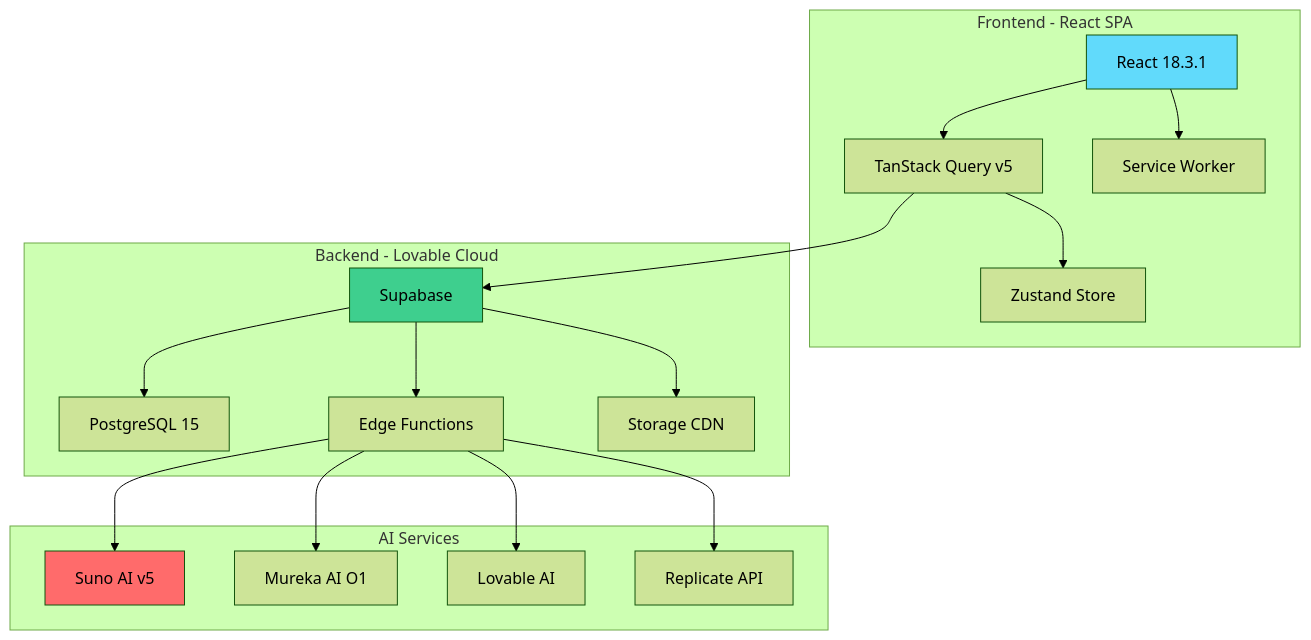
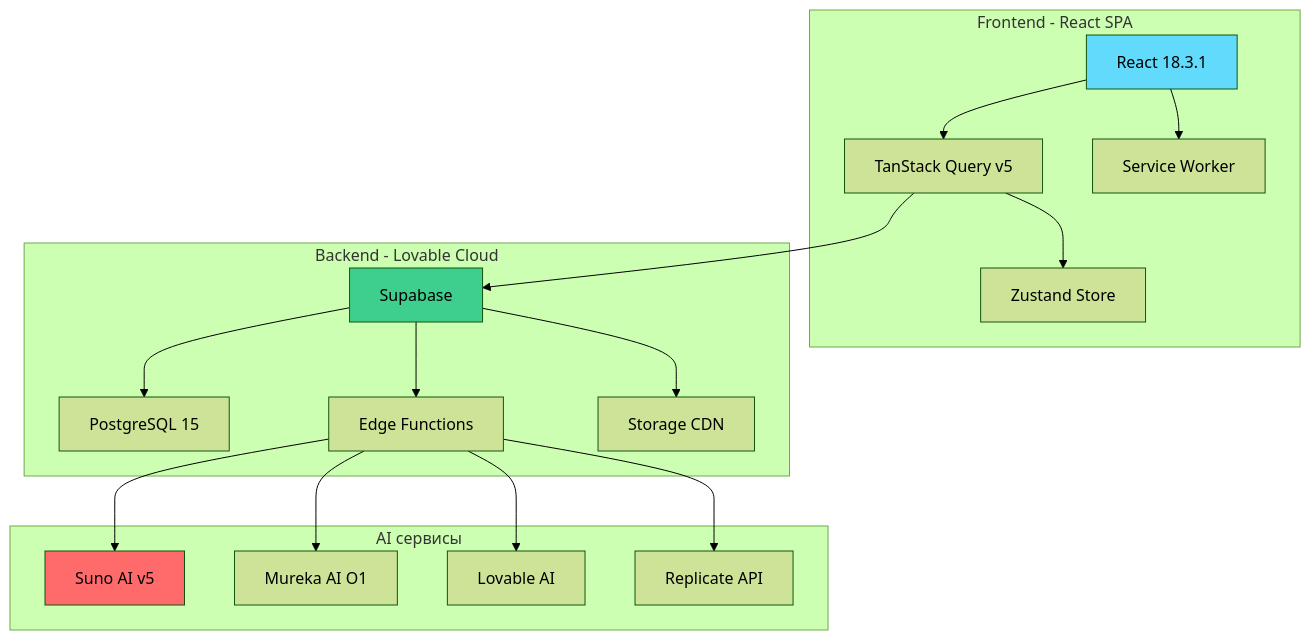
Before and after one commit to HOW2AI-AGENCY/albert3-muse-synth-studio: the third of 9 diagrams in README.md, drawn with Mermaid (forest theme). The commit also changed other lines of this file, not shown here.

````diff
--- a/README.md
+++ b/README.md
@@ -141,39 +144,39 @@
 ```mermaid
 graph TB
     subgraph "Frontend - React SPA"
         A[React 18.3.1]
         B[TanStack Query v5]
         C[Zustand Store]
         D[Service Worker]
     end
     
     subgraph "Backend - Lovable Cloud"
         E[Supabase]
         F[PostgreSQL 15]
         G[Edge Functions]
         H[Storage CDN]
     end
     
-    subgraph "AI Services"
+    subgraph "AI сервисы"
         I[Suno AI v5]
         J[Mureka AI O1]
         K[Lovable AI]
         L[Replicate API]
     end
     
     A --> B
     B --> C
     A --> D
     B --> E
     E --> F
     E --> G
     E --> H
     G --> I
     G --> J
     G --> K
     G --> L
     
     style A fill:#61DAFB
     style E fill:#3ECF8E
     style I fill:#FF6B6B
 ```
````
